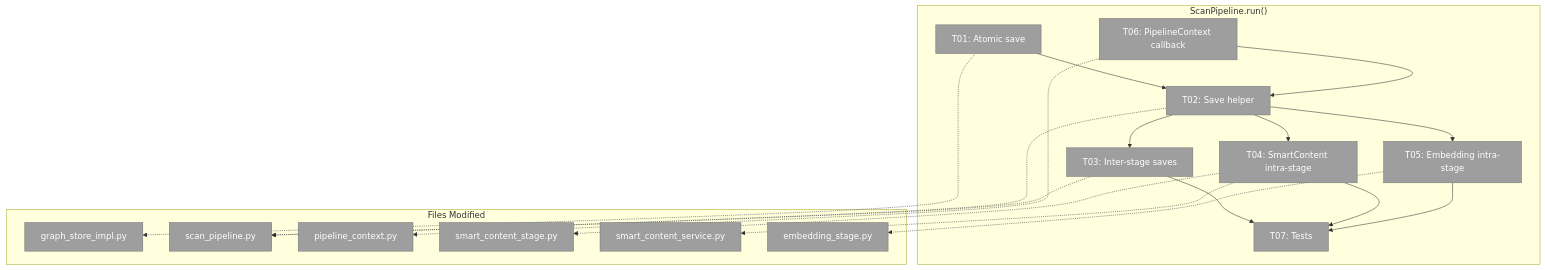
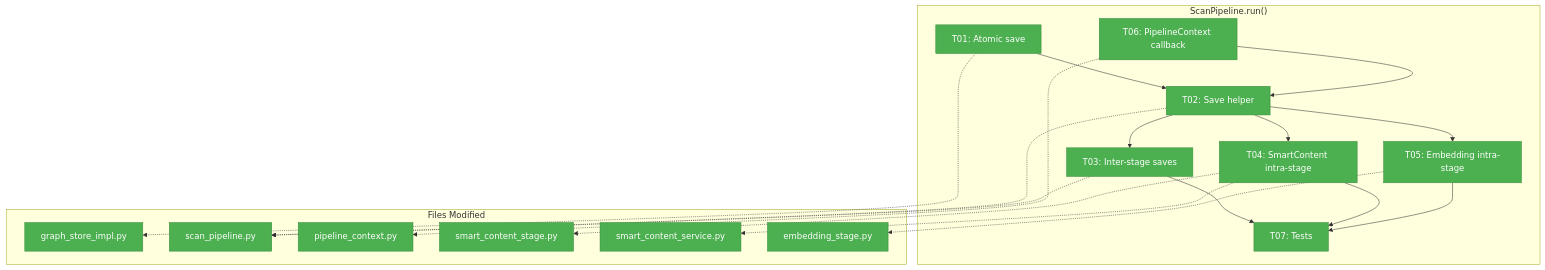
One commit to AI-Substrate/flow_squared changed the first of 3 diagrams in docs/plans/036-courtesy-saves/tasks/implementation/tasks.md. Above: the diagram before and after it, drawn with Mermaid. The commit also changed other lines of this file and 1 other file, not shown here.

Commit message:
docs(036): update progress — all tasks complete, all ACs verified
Integration test: killed at 49/903 → restart resumed at 853 (49 recovered).
7/7 tasks, 7/7 ACs, 1751 tests passing, 6 discoveries logged.

````diff
--- a/docs/plans/036-courtesy-saves/tasks/implementation/tasks.md
+++ b/docs/plans/036-courtesy-saves/tasks/implementation/tasks.md
@@ -38,40 +38,40 @@
 ```mermaid
 flowchart TD
-    classDef pending fill:#9E9E9E,stroke:#757575,color:#fff
+    classDef done fill:#4CAF50,stroke:#388E3C,color:#fff
 
     subgraph Pipeline["ScanPipeline.run()"]
-        T01["T01: Atomic save"]:::pending
-        T06["T06: PipelineContext callback"]:::pending
-        T02["T02: Save helper"]:::pending
-        T03["T03: Inter-stage saves"]:::pending
-        T04["T04: SmartContent intra-stage"]:::pending
-        T05["T05: Embedding intra-stage"]:::pending
-        T07["T07: Tests"]:::pending
+        T01["T01: Atomic save"]:::done
+        T06["T06: PipelineContext callback"]:::done
+        T02["T02: Save helper"]:::done
+        T03["T03: Inter-stage saves"]:::done
+        T04["T04: SmartContent intra-stage"]:::done
+        T05["T05: Embedding intra-stage"]:::done
+        T07["T07: Tests"]:::done
 
         T01 --> T02
         T06 --> T02
         T02 --> T03
         T02 --> T04
         T02 --> T05
         T03 --> T07
         T04 --> T07
         T05 --> T07
     end
 
     subgraph Files["Files Modified"]
-        F1["graph_store_impl.py"]:::pending
-        F2["scan_pipeline.py"]:::pending
-        F3["pipeline_context.py"]:::pending
-        F4["smart_content_stage.py"]:::pending
-        F5["smart_content_service.py"]:::pending
-        F6["embedding_stage.py"]:::pending
+        F1["graph_store_impl.py"]:::done
+        F2["scan_pipeline.py"]:::done
+        F3["pipeline_context.py"]:::done
+        F4["smart_content_stage.py"]:::done
+        F5["smart_content_service.py"]:::done
+        F6["embedding_stage.py"]:::done
     end
 
     T01 -.-> F1
     T02 -.-> F2
     T03 -.-> F2
     T06 -.-> F3
     T04 -.-> F4
     T04 -.-> F5
     T05 -.-> F6
 ```
````
